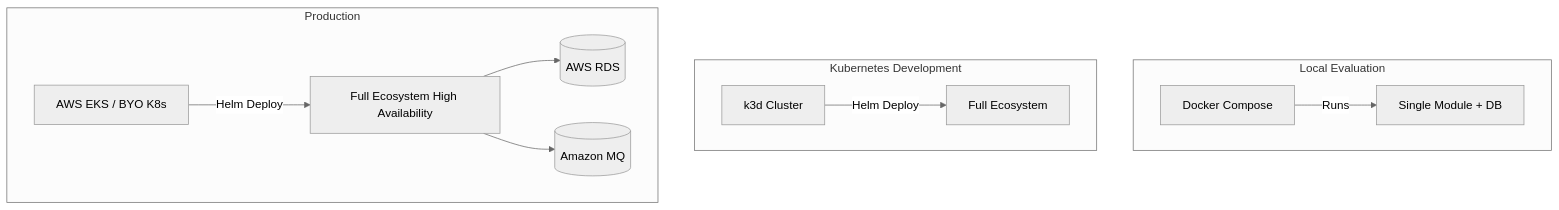
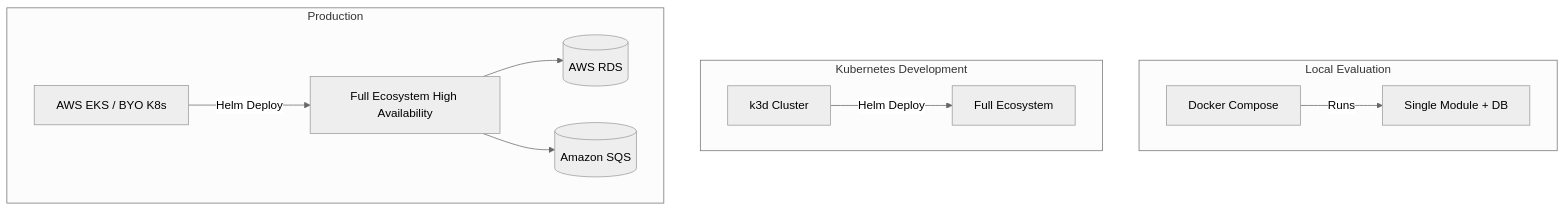
The fifth of 5 diagrams in introduction/architecture.md (Labs64/labs64.io-docs), drawn with Mermaid (neutral theme) before and after one commit. The commit also changed other lines of this file and 7 other files, not shown here.

Commit message:
Enable AWS SQS additionally to the RabbitMQ as broker

````diff
--- a/introduction/architecture.md
+++ b/introduction/architecture.md
@@ -145,16 +145,16 @@
 ```mermaid
 flowchart TB
     subgraph Local Evaluation
         DC[Docker Compose] -->|Runs| M1[Single Module + DB]
     end
     
     subgraph Kubernetes Development
         K3D[k3d Cluster] -->|Helm Deploy| E1[Full Ecosystem]
     end
     
     subgraph Production
         EKS[AWS EKS / BYO K8s] -->|Helm Deploy| E2[Full Ecosystem High Availability]
         E2 --> AWS_RDS[(AWS RDS)]
-        E2 --> AWS_MQ[(Amazon MQ)]
+        E2 --> AWS_MQ[(Amazon SQS)]
     end
 ```
````
